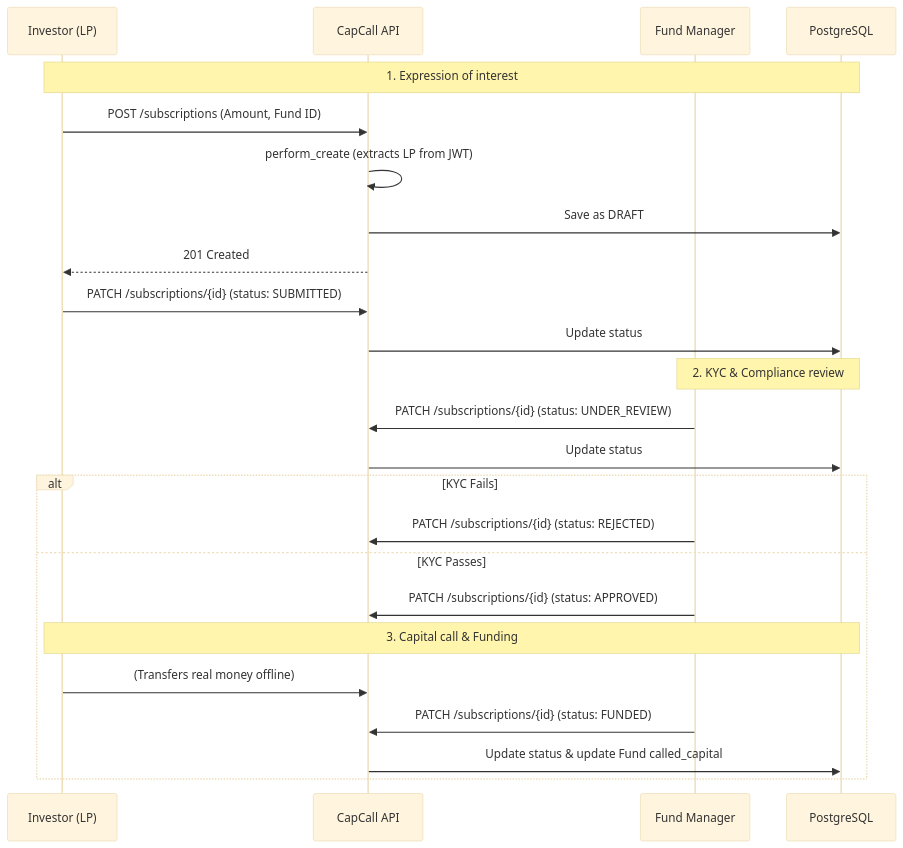
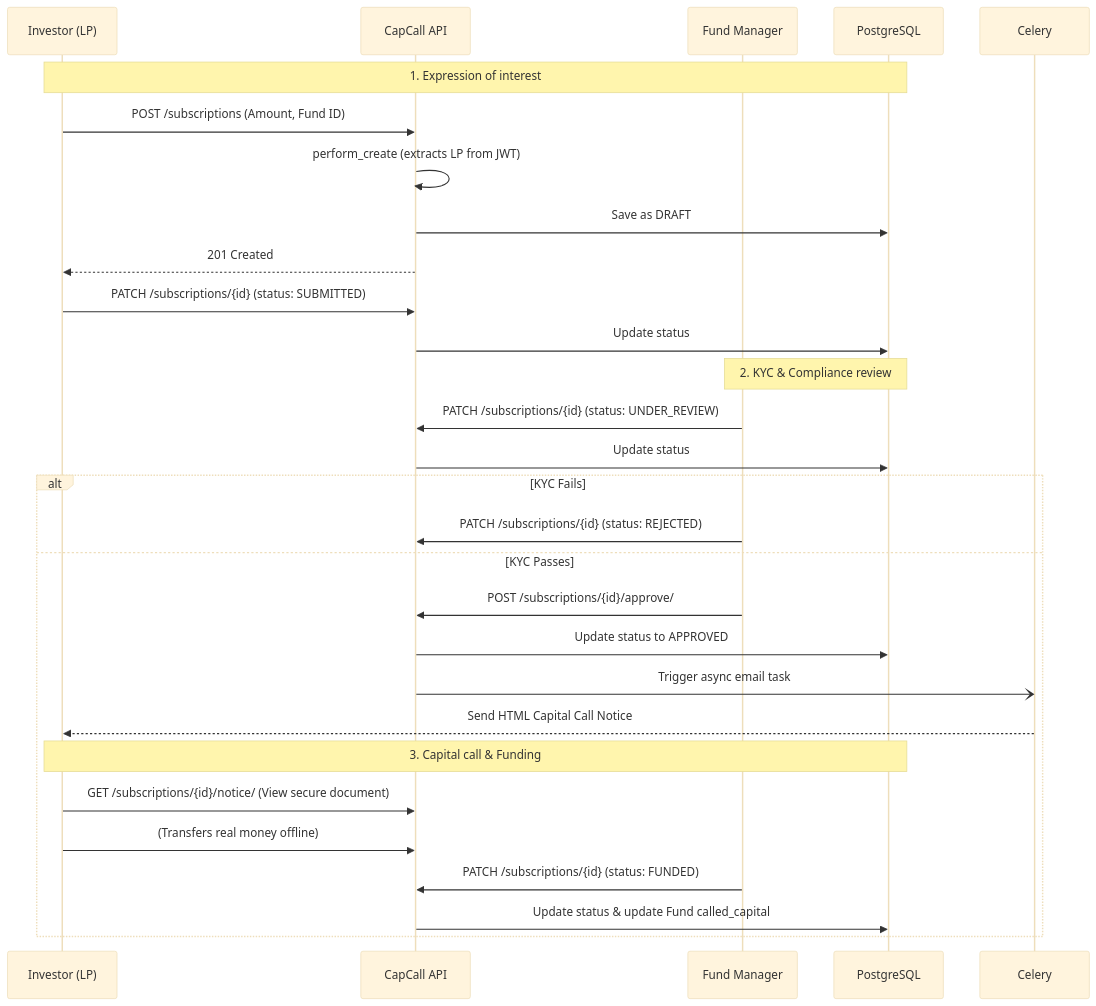
One commit to guillemdiaz/capcall changed the second of 2 diagrams in README.md. Above: the diagram before and after it, drawn with Mermaid (base theme). The commit also changed other lines of this file, not shown here.

Commit message:
docs: update README to reflect current architecture

````diff
--- a/README.md
+++ b/README.md
@@ -71,30 +86,35 @@
 ```mermaid
 sequenceDiagram
     participant LP as Investor (LP)
     participant API as CapCall API
     participant Mgr as Fund Manager
     participant DB as PostgreSQL
 
     Note over LP,DB: 1. Expression of interest
     LP->>API: POST /subscriptions (Amount, Fund ID)
     API->>API: perform_create (extracts LP from JWT)
     API->>DB: Save as DRAFT
     API-->>LP: 201 Created
 
     LP->>API: PATCH /subscriptions/{id} (status: SUBMITTED)
     API->>DB: Update status
     
     Note over Mgr,DB: 2. KYC & Compliance review
     Mgr->>API: PATCH /subscriptions/{id} (status: UNDER_REVIEW)
     API->>DB: Update status
     
     alt KYC Fails
         Mgr->>API: PATCH /subscriptions/{id} (status: REJECTED)
     else KYC Passes
-        Mgr->>API: PATCH /subscriptions/{id} (status: APPROVED)
+        Mgr->>API: POST /subscriptions/{id}/approve/
+        API->>DB: Update status to APPROVED
+        API-)Celery: Trigger async email task
+        Celery-->>LP: Send HTML Capital Call Notice
+        
         Note over LP,DB: 3. Capital call & Funding
+        LP->>API: GET /subscriptions/{id}/notice/ (View secure document)
         LP->>API: (Transfers real money offline)
         Mgr->>API: PATCH /subscriptions/{id} (status: FUNDED)
         API->>DB: Update status & update Fund called_capital
     end
 ```
````
